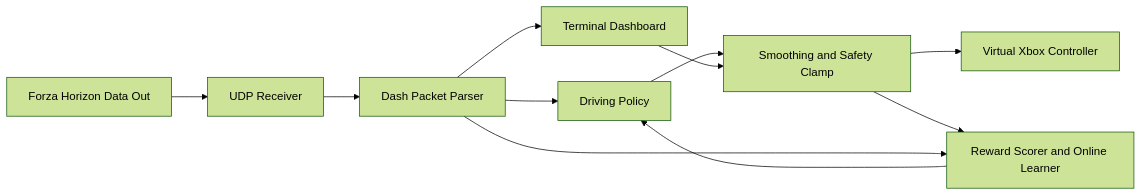
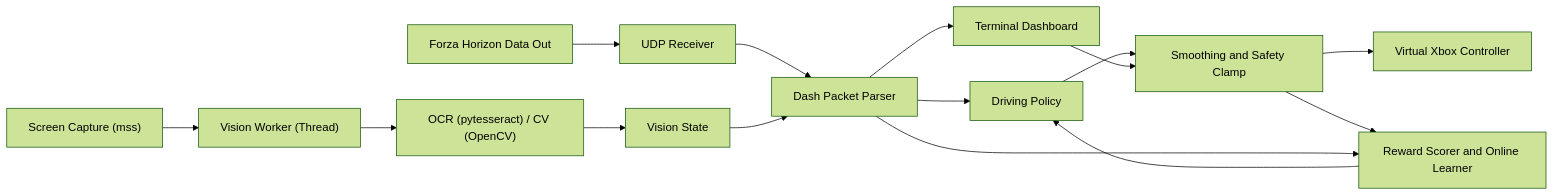
Before and after one commit to WilliamPlusPlus/Forza-AI: the diagram in docs/design.md, drawn with Mermaid (forest theme). The commit also changed other lines of this file and 10 other files, not shown here.

````diff
--- a/docs/design.md
+++ b/docs/design.md
@@ -71,13 +71,17 @@
 ```mermaid
 flowchart LR
     A["Forza Horizon Data Out"] --> B["UDP Receiver"]
     B --> C["Dash Packet Parser"]
+    I["Screen Capture (mss)"] --> J["Vision Worker (Thread)"]
+    J --> K["OCR (pytesseract) / CV (OpenCV)"]
+    K --> L["Vision State"]
+    L --> C
     C --> D["Driving Policy"]
     D --> E["Smoothing and Safety Clamp"]
     E --> F["Virtual Xbox Controller"]
     E --> H["Reward Scorer and Online Learner"]
     C --> H
     H --> D
     C --> G["Terminal Dashboard"]
     G --> E
 ```
````
